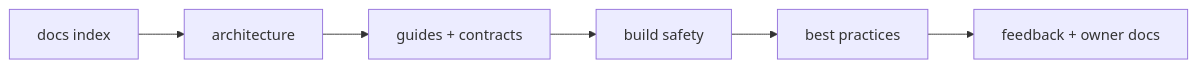
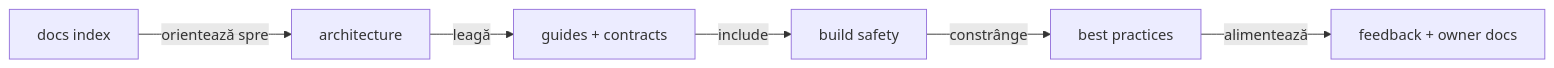
The diagram in docs/README.md (crististefanita/demo2), drawn with Mermaid before and after one commit. The commit also changed other lines of this file and 102 other files, not shown here.

````diff
--- a/docs/README.md
+++ b/docs/README.md
@@ -30,8 +30,8 @@
 ```mermaid
 flowchart LR
-    Docs[docs index] --> Architecture[architecture]
-    Architecture --> Guides[guides + contracts]
-    Guides --> Safety[build safety]
-    Safety --> Practices[best practices]
-    Practices --> Feedback[feedback + owner docs]
+    Docs[docs index] -->|orientează spre| Architecture[architecture]
+    Architecture -->|leagă| Guides[guides + contracts]
+    Guides -->|include| Safety[build safety]
+    Safety -->|constrânge| Practices[best practices]
+    Practices -->|alimentează| Feedback[feedback + owner docs]
 ```
````
